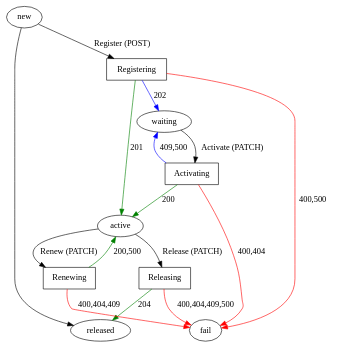
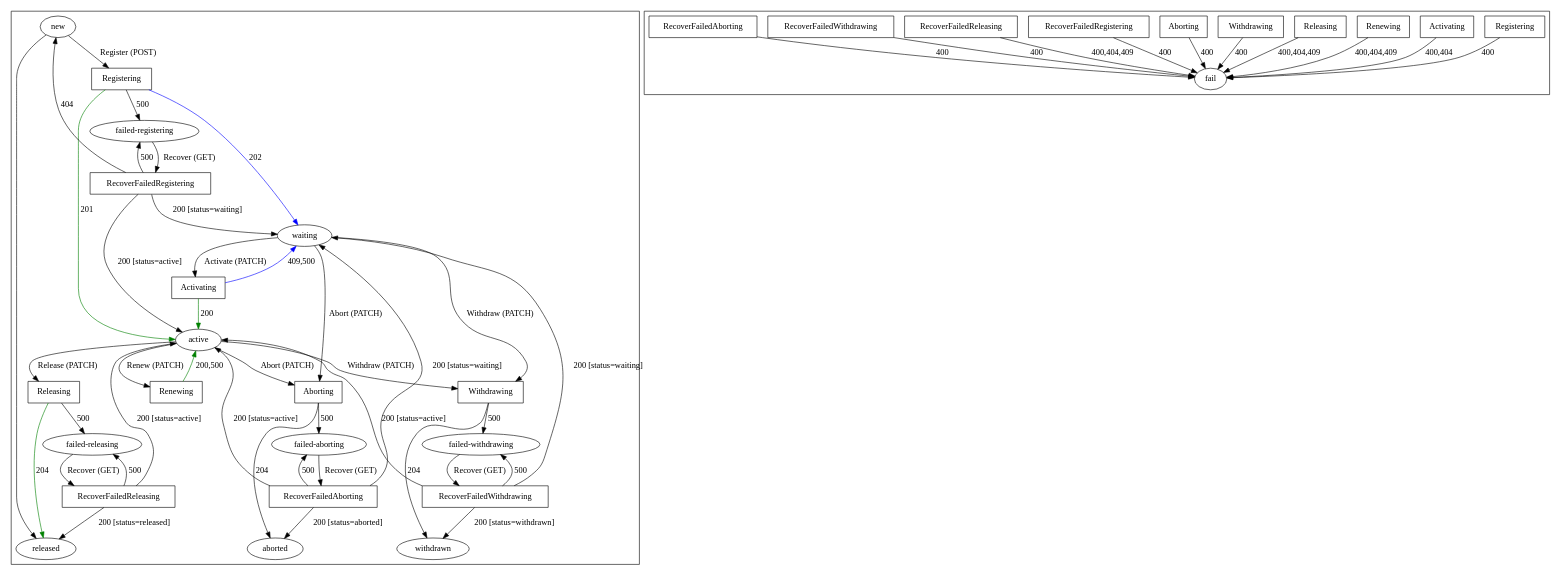
The diagram in docs/nessy-daemon-claim-state-machine.dot (genome/nessy-client-perl), drawn with Graphviz before and after one commit.

Commit message:
New states for transitioning to Withdrawn or Aborted
Sent this version out for review

```diff
--- a/docs/nessy-daemon-claim-state-machine.dot
+++ b/docs/nessy-daemon-claim-state-machine.dot
@@ -1,40 +1,117 @@
 digraph "nessy-daemon-claim-state-machine" {
-    {
+    //node [fontsize=1,height=0.25,width=0.25]
+    subgraph "cluster-rest" {
         node [shape=oval]
         "new"
         "waiting"
         "active"
-        "released"
-        "fail"
-    } 
-    {
+        "failed-registering"
+        "failed-releasing"
+        "failed-withdrawing"
+        "failed-aborting"
+        {
+            rank=same
+            "released"
+            "withdrawn"
+            "aborted"
+        }
+        
         node [shape=box]
         "Registering"
         "Activating"
         "Releasing"
         "Renewing"
+        "Withdrawing"
+        "Aborting"
+        "RecoverFailedRegistering"
+        "RecoverFailedReleasing"
+        "RecoverFailedWithdrawing"
+        "RecoverFailedAborting"
+        
+        
+        // Possible Requests on the Nessy Server
+        edge [color=black]
+        "new"                           -> "released"                   [label=""]
+        "new"                           -> "Registering"                [label="Register (POST)"]
+        "waiting"                       -> "Activating"                 [label="Activate (PATCH)"]
+        "waiting"                       -> "Withdrawing"                [label="Withdraw (PATCH)"]
+        "waiting"                       -> "Aborting"                   [label="Abort (PATCH)"]
+        "active"                        -> "Releasing"                  [label="Release (PATCH)"]
+        "active"                        -> "Renewing"                   [label="Renew (PATCH)"]
+        "active"                        -> "Withdrawing"                [label="Withdraw (PATCH)"]
+        "active"                        -> "Aborting"                   [label="Abort (PATCH)"]
+        "failed-registering"            -> "RecoverFailedRegistering"   [label="Recover (GET)"]
+        "failed-releasing"              -> "RecoverFailedReleasing"     [label="Recover (GET)"]
+        "failed-withdrawing"            -> "RecoverFailedWithdrawing"   [label="Recover (GET)"]
+        "failed-aborting"               -> "RecoverFailedAborting"      [label="Recover (GET)"]
+        
+        edge [color=green]
+        "Registering"                   -> "active"                     [label="201"]
+        "Activating"                    -> "active"                     [label="200"]
+        "Renewing"                      -> "active"                     [label="200,500"]
+        "Releasing"                     -> "released"                   [label="204"]
+        
+        edge [color=blue]
+        "Registering"                   -> "waiting"                    [label="202"]
+        "Activating"                    -> "waiting"                    [label="409,500"]
+        
+        edge [color=black]
+        "Withdrawing"                   -> "withdrawn"                  [label="204"]
+        "Aborting"                      -> "aborted"                    [label="204"]
+        
+        edge [color=black]
+        // 500 response while Registering
+        "Registering"                   -> "failed-registering"         [label="500"]
+        "RecoverFailedRegistering"      -> "failed-registering"         [label="500"]
+        "RecoverFailedRegistering"      -> "new"                        [label="404"]
+        "RecoverFailedRegistering"      -> "active"                     [label="200 [status=active]"]
+        "RecoverFailedRegistering"      -> "waiting"                    [label="200 [status=waiting]"]
+        
+        // 500 response while Releasing
+        "Releasing"                     -> "failed-releasing"           [label="500"]
+        "RecoverFailedReleasing"        -> "failed-releasing"           [label="500"]
+        "RecoverFailedReleasing"        -> "active"                     [label="200 [status=active]"]
+        "RecoverFailedReleasing"        -> "released"                   [label="200 [status=released]"]
+        
+        // 500 response while Withdrawing
+        "Withdrawing"                   ->  "failed-withdrawing"        [label="500"]
+        "RecoverFailedWithdrawing"      ->  "failed-withdrawing"        [label="500"]
+        "RecoverFailedWithdrawing"      ->  "waiting"                   [label="200 [status=waiting]"]
+        "RecoverFailedWithdrawing"      ->  "active"                    [label="200 [status=active]"]
+        "RecoverFailedWithdrawing"      ->  "withdrawn"                 [label="200 [status=withdrawn]"]
+        
+        // 500 response while Aborting
+        "Aborting"                      ->  "failed-aborting"           [label="500"]
+        "RecoverFailedAborting"         ->  "failed-aborting"           [label="500"]
+        "RecoverFailedAborting"         ->  "waiting"                   [label="200 [status=waiting]"]
+        "RecoverFailedAborting"         ->  "active"                    [label="200 [status=active]"]
+        "RecoverFailedAborting"         ->  "aborted"                   [label="200 [status=aborted]"]
     }
+    subgraph "cluster-failures" {
+        node [shape=oval]
+        "fail"
 
-    "new"       ->  "released"      [label=""]
+        node [shape=box]
+        f00[label="Registering"]
+        f01[label="Activating"]
+        f02[label="Renewing"]
+        f03[label="Releasing"]
+        f04[label="Withdrawing"]
+        f05[label="Aborting"]
+        f06[label="RecoverFailedRegistering"]
+        f07[label="RecoverFailedReleasing"]
+        f08[label="RecoverFailedWithdrawing"]
+        f09[label="RecoverFailedAborting"]
 
-    "new"       ->  "Registering"   [label="Register (POST)"]
-    "waiting"   ->  "Activating"    [label="Activate (PATCH)"]
-    "active"    ->  "Releasing"     [label="Release (PATCH)"]
-    "active"    ->  "Renewing"      [label="Renew (PATCH)"]
-
-    edge [color=green];
-    "Registering"   ->  "active"    [label="201"]
-    "Activating"    ->  "active"    [label="200"]
-    "Renewing"      ->  "active"    [label="200,500"]
-    "Releasing"     ->  "released"  [label="204"]
-
-    edge [color=blue];
-    "Registering"   ->  "waiting"   [label="202"]
-    "Activating"    ->  "waiting"   [label="409,500"]
-
-    edge [color=red];
-    "Registering"   ->  "fail"      [label="400,500"]
-    "Activating"    ->  "fail"      [label="400,404"]
-    "Renewing"      ->  "fail"      [label="400,404,409"]
-    "Releasing"     ->  "fail"      [label="400,404,409,500"]
+        f00 -> "fail" [label="400"]
+        f01 -> "fail" [label="400,404"]
+        f02 -> "fail" [label="400,404,409"]
+        f03 -> "fail" [label="400,404,409"]
+        f04 -> "fail" [label="400"]
+        f05 -> "fail" [label="400"]
+        f06 -> "fail" [label="400"]
+        f07 -> "fail" [label="400,404,409"]
+        f08 -> "fail" [label="400"]
+        f09 -> "fail" [label="400"]
+    }
 }
```
